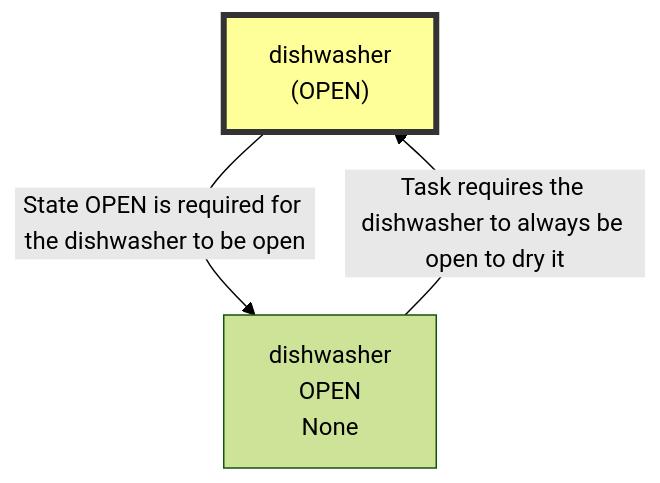
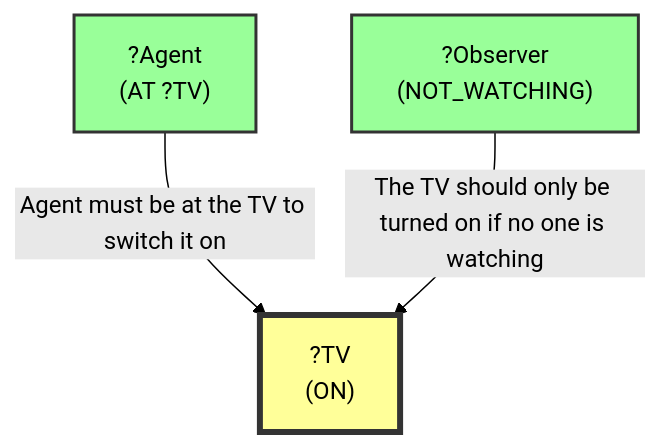
One commit to scuama/virtualhome changed the tenth of 10 diagrams in evaluation/results/table2/robostate/non_stationarity/high/E_DYN_G02_S3_high/run_E_DYN_G02_S3_high.md. Above: the diagram before and after it, drawn with Mermaid (forest theme). The commit also changed other lines of this file and 108 other files, not shown here.

````diff
--- a/evaluation/results/table2/robostate/non_stationarity/high/E_DYN_G02_S3_high/run_E_DYN_G02_S3_high.md
+++ b/evaluation/results/table2/robostate/non_stationarity/high/E_DYN_G02_S3_high/run_E_DYN_G02_S3_high.md
@@ -1251,8 +700,11 @@
 ```mermaid
 graph TD
-    N1["dishwasher<br>(OPEN)"]
+    N1["?TV<br>(ON)"]
     style N1 fill:#ff9,stroke:#333,stroke-width:4px
-    N2["dishwasher<br>OPEN<br>None"]
-    N1 -->|"State OPEN is required for the dishwasher to be open"| N2
-    N2 -->|"Task requires the dishwasher to always be open to dry it"| N1
+    N2["?Observer<br>(NOT_WATCHING)"]
+    style N2 fill:#9f9,stroke:#333,stroke-width:2px
+    N3["?Agent<br>(AT ?TV)"]
+    style N3 fill:#9f9,stroke:#333,stroke-width:2px
+    N3 -->|"Agent must be at the TV to switch it on"| N1
+    N2 -->|"The TV should only be turned on if no one is watching"| N1
 ```
````
